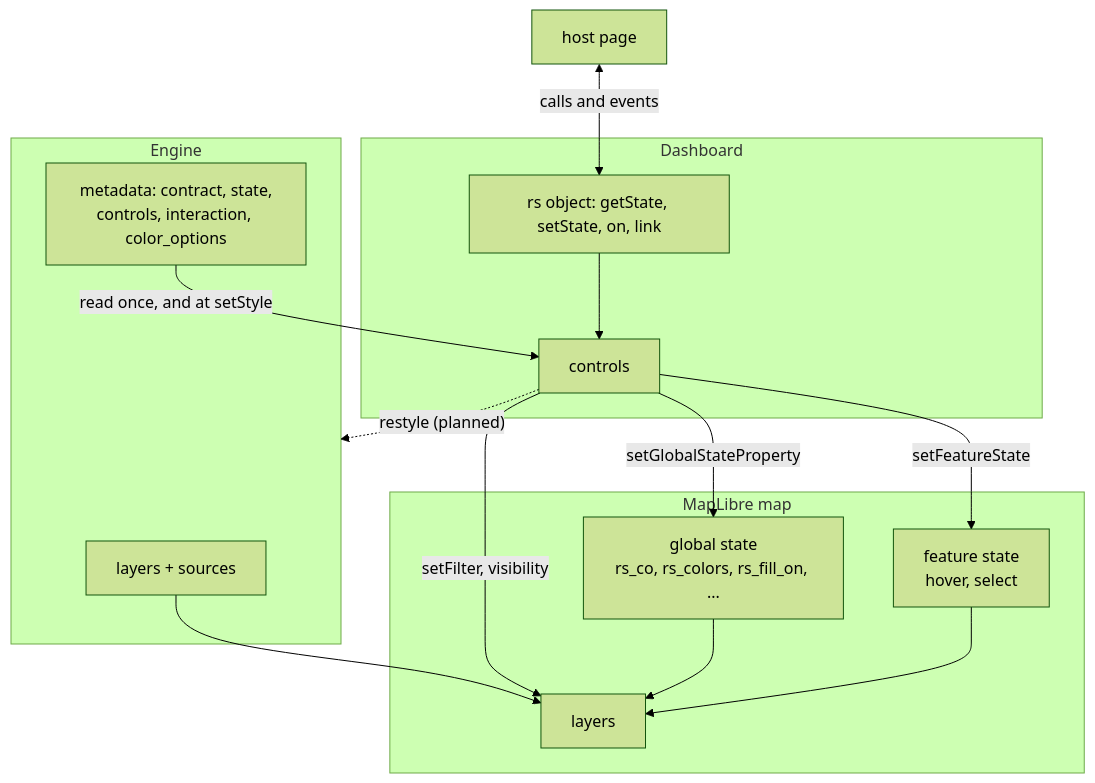
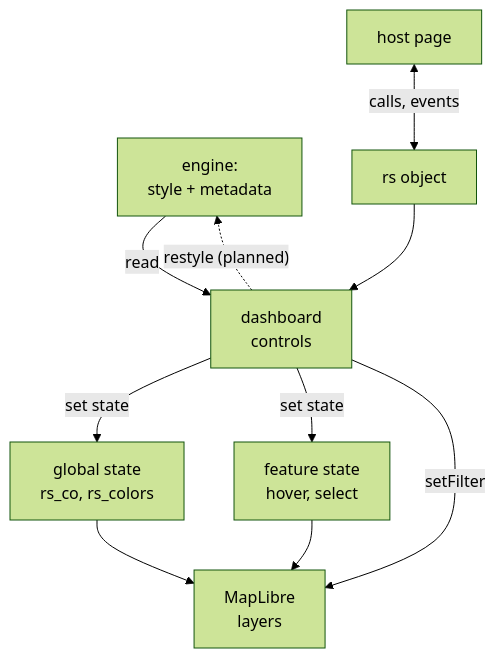
The fourth of 6 diagrams in docs/rust/architecture.md (Khoshkhah/roadstyle), drawn with Mermaid (forest theme) before and after one commit. The commit also changed other lines of this file and 1 other file, not shown here.

First line of the commit message:
docs: diagrams that fit their text, and a simpler data flow

````diff
--- a/docs/rust/architecture.md
+++ b/docs/rust/architecture.md
@@ -295,27 +281,19 @@
 ```mermaid
 flowchart TB
-    subgraph engine["Engine"]
-        st["layers + sources"]
-        md["metadata: contract, state,<br/>controls, interaction, color_options"]
-    end
-    subgraph map["MapLibre map"]
-        lay["layers"]
-        gs["global state<br/>rs_co, rs_colors, rs_fill_on, ..."]
-        fs["feature state<br/>hover, select"]
-    end
-    subgraph dash["Dashboard"]
-        ctl["controls"]
-        api["rs object: getState, setState, on, link"]
-    end
+    md["engine:<br/>style + metadata"]
+    ctl["dashboard<br/>controls"]
+    api["rs object"]
     host["host page"]
-    st --> lay
-    md -->|"read once, and at setStyle"| ctl
-    ctl -->|"setGlobalStateProperty"| gs
-    ctl -->|"setFeatureState"| fs
-    ctl -->|"setFilter, visibility"| lay
+    gs["global state<br/>rs_co, rs_colors"]
+    fs["feature state<br/>hover, select"]
+    lay["MapLibre<br/>layers"]
+    md -->|"read"| ctl
+    host <-->|"calls, events"| api
+    api --> ctl
+    ctl -->|"set state"| gs
+    ctl -->|"set state"| fs
+    ctl -->|"setFilter"| lay
     gs --> lay
     fs --> lay
-    api --> ctl
-    host <-->|"calls and events"| api
-    ctl -.->|"restyle (planned)"| engine
+    ctl -.->|"restyle (planned)"| md
 ```
````
